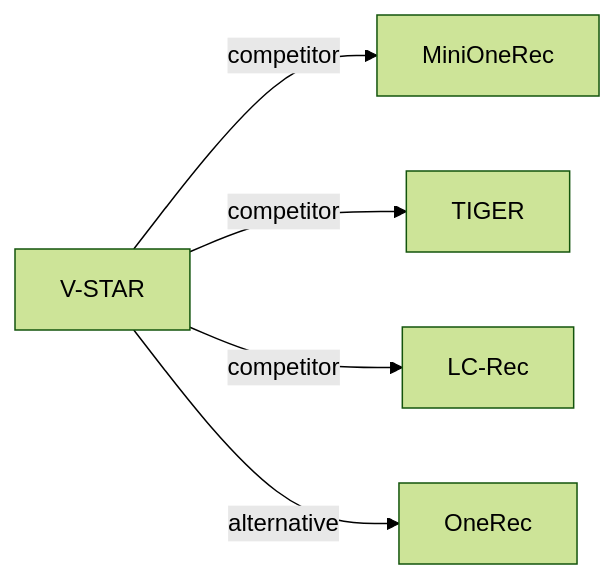
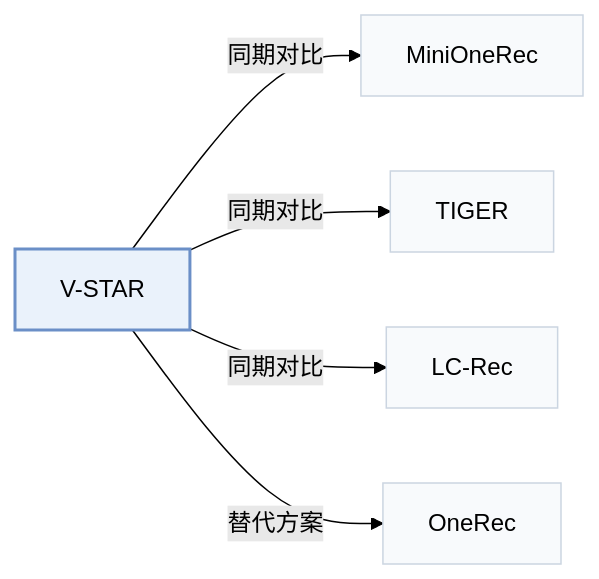
The fourth of 4 diagrams in pages/zh/papers/v-star.md (Galaxy-ghost/Awesome-SID-Generative-Rec), drawn with Mermaid (forest theme) before and after one commit. The commit also changed other lines of this file and 649 other files, not shown here.

Commit message:
writer-05: also tags and modality index (schema, check, build, visuals); summary field removed; calibration data for 12 papers

````diff
--- a/pages/zh/papers/v-star.md
+++ b/pages/zh/papers/v-star.md
@@ -131,8 +144,12 @@
 ```mermaid
 flowchart LR
     P["V-STAR"]
-    P -->|competitor| A["MiniOneRec"]
-    P -->|competitor| B["TIGER"]
-    P -->|competitor| C["LC-Rec"]
-    P -->|alternative| D["OneRec"]
+    P -->|"同期对比"| A["MiniOneRec"]
+    P -->|"同期对比"| B["TIGER"]
+    P -->|"同期对比"| C["LC-Rec"]
+    P -->|"替代方案"| D["OneRec"]
+    classDef main fill:#eaf2fb,stroke:#6b8fc7,stroke-width:2px
+    classDef peer fill:#f8fafc,stroke:#cbd5e1
+    class P main
+    class A,B,C,D peer
 ```
````
